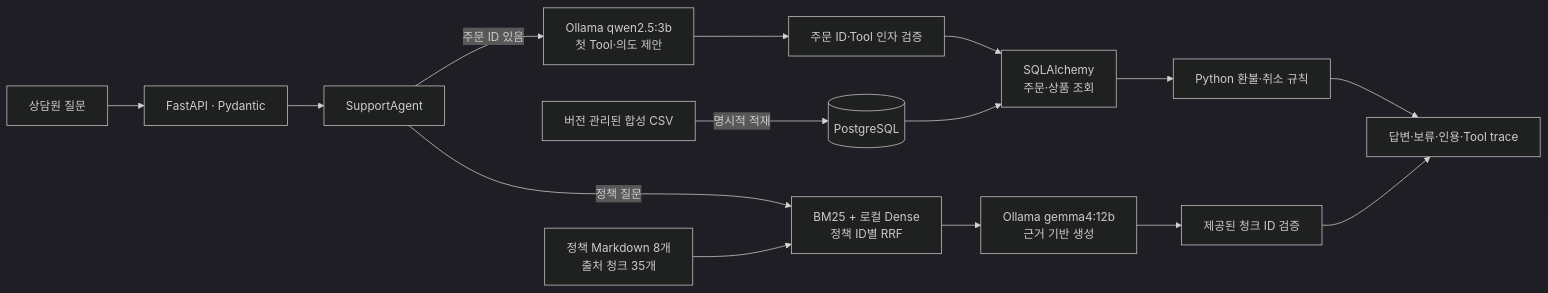
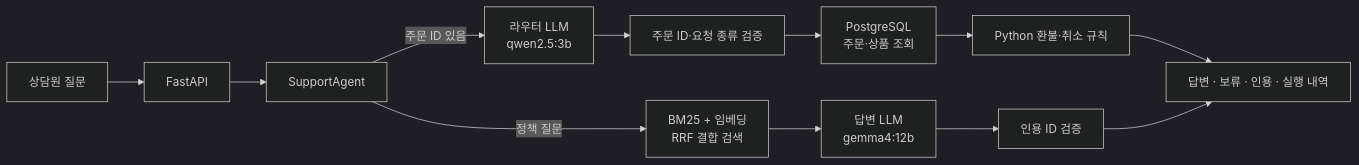
Before and after one commit to binilab/SupportOps-ai: the diagram in README.md, drawn with Mermaid (dark theme). The commit also changed other lines of this file and 52 other files, not shown here.

````diff
--- a/README.md
+++ b/README.md
@@ -31,11 +31,9 @@
 ```mermaid
 flowchart LR
-    Q["상담원 질문"] --> API["FastAPI · Pydantic"] --> A["SupportAgent"]
-    A -->|주문 ID 있음| T["Ollama qwen2.5:3b<br/>첫 Tool·의도 제안"]
-    T --> V["주문 ID·Tool 인자 검증"] --> SQL["SQLAlchemy<br/>주문·상품 조회"]
-    CSV["버전 관리된 합성 CSV"] -->|명시적 적재| DB[(PostgreSQL)]
-    DB --> SQL --> RULE["Python 환불·취소 규칙"] --> OUT["답변·보류·인용·Tool trace"]
-    A -->|정책 질문| RET["BM25 + 로컬 Dense<br/>정책 ID별 RRF"]
-    POL["정책 Markdown 8개<br/>출처 청크 35개"] --> RET
-    RET --> LLM["Ollama gemma4:12b<br/>근거 기반 생성"] --> CITE["제공된 청크 ID 검증"] --> OUT
+    Q["상담원 질문"] --> API["FastAPI"] --> A["SupportAgent"]
+    A -->|주문 ID 있음| T["라우터 LLM<br/>qwen2.5:3b"]
+    T --> V["주문 ID·요청 종류 검증"] --> SQL["PostgreSQL<br/>주문·상품 조회"]
+    SQL --> RULE["Python 환불·취소 규칙"] --> OUT["답변 · 보류 · 인용 · 실행 내역"]
+    A -->|정책 질문| RET["BM25 + 임베딩<br/>RRF 결합 검색"]
+    RET --> LLM["답변 LLM<br/>gemma4:12b"] --> CITE["인용 ID 검증"] --> OUT
 ```
````
